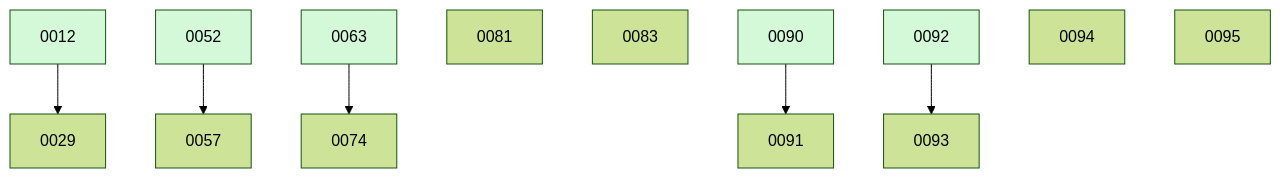
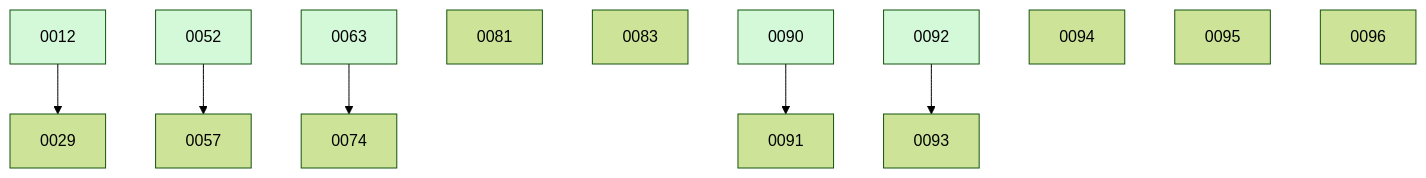
Before and after one commit to ethanhinson/fuse: the diagram in docs/changes/BOARD.md, drawn with Mermaid (forest theme). The commit also changed other lines of this file and 1 other file, not shown here.

````diff
--- a/docs/changes/BOARD.md
+++ b/docs/changes/BOARD.md
@@ -34,18 +35,19 @@
 ```mermaid
 graph TD
   0012 --> 0029
   0052 --> 0057
   0063 --> 0074
   0081
   0083
   0090 --> 0091
   0092 --> 0093
   0094
   0095
+  0096
   0012:::done
   0052:::done
   0063:::done
   0090:::done
   0092:::done
   classDef done fill:#d3f9d8;
 ```
````
